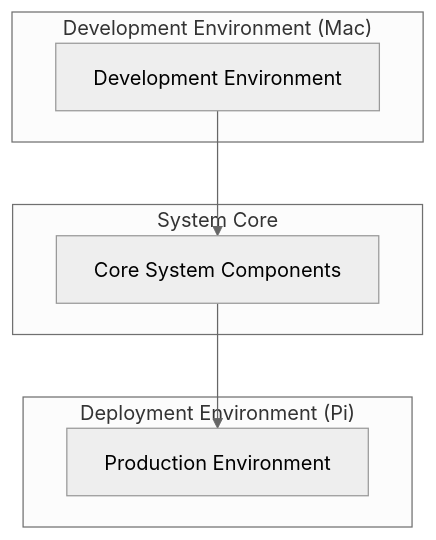
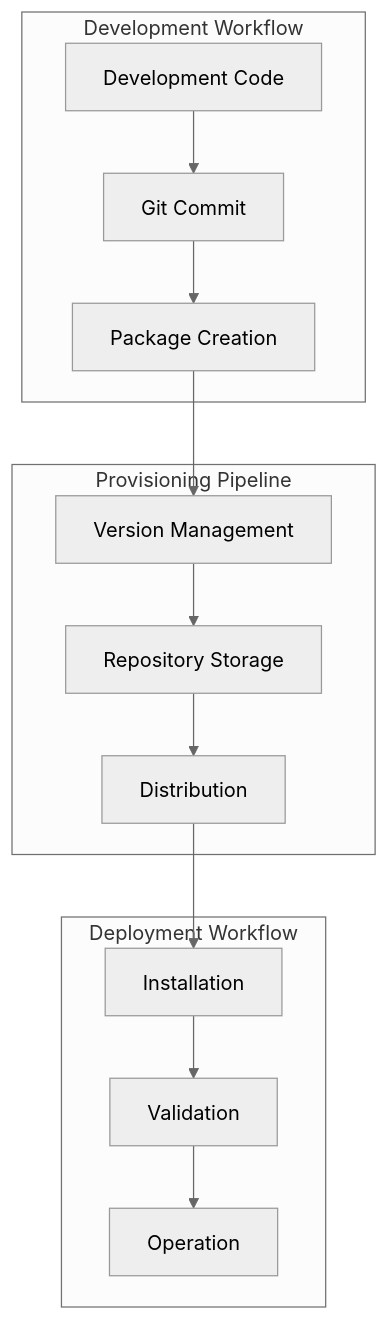
One commit to William12556/GTach changed the third of 3 diagrams in doc/design/diagrams/master/system_architecture.md. Above: the diagram before and after it, drawn with Mermaid (neutral theme). The commit also changed other lines of this file and 4 other files, not shown here.

Commit message:
diagram documentation creation

````diff
--- a/doc/design/diagrams/master/system_architecture.md
+++ b/doc/design/diagrams/master/system_architecture.md
@@ -45,19 +205,29 @@
 ```mermaid
-%% To be developed: Master system architecture diagram
-%% This will show the complete GTach system structure
 flowchart TD
-    subgraph "Development Environment (Mac)"
-        DevEnv[Development Environment]
+    subgraph "Development Workflow"
+        DevCode[Development Code]
+        GitCommit[Git Commit]
+        Package[Package Creation]
     end
     
-    subgraph "Deployment Environment (Pi)"
-        ProdEnv[Production Environment]
+    subgraph "Provisioning Pipeline"
+        Version[Version Management]
+        Repo[Repository Storage]
+        Dist[Distribution]
     end
     
-    subgraph "System Core"
-        Core[Core System Components]
+    subgraph "Deployment Workflow"
+        Install[Installation]
+        Validate[Validation]
+        Operate[Operation]
     end
     
-    DevEnv --> Core
-    Core --> ProdEnv
+    DevCode --> GitCommit
+    GitCommit --> Package
+    Package --> Version
+    Version --> Repo
+    Repo --> Dist
+    Dist --> Install
+    Install --> Validate
+    Validate --> Operate
 ```
````
